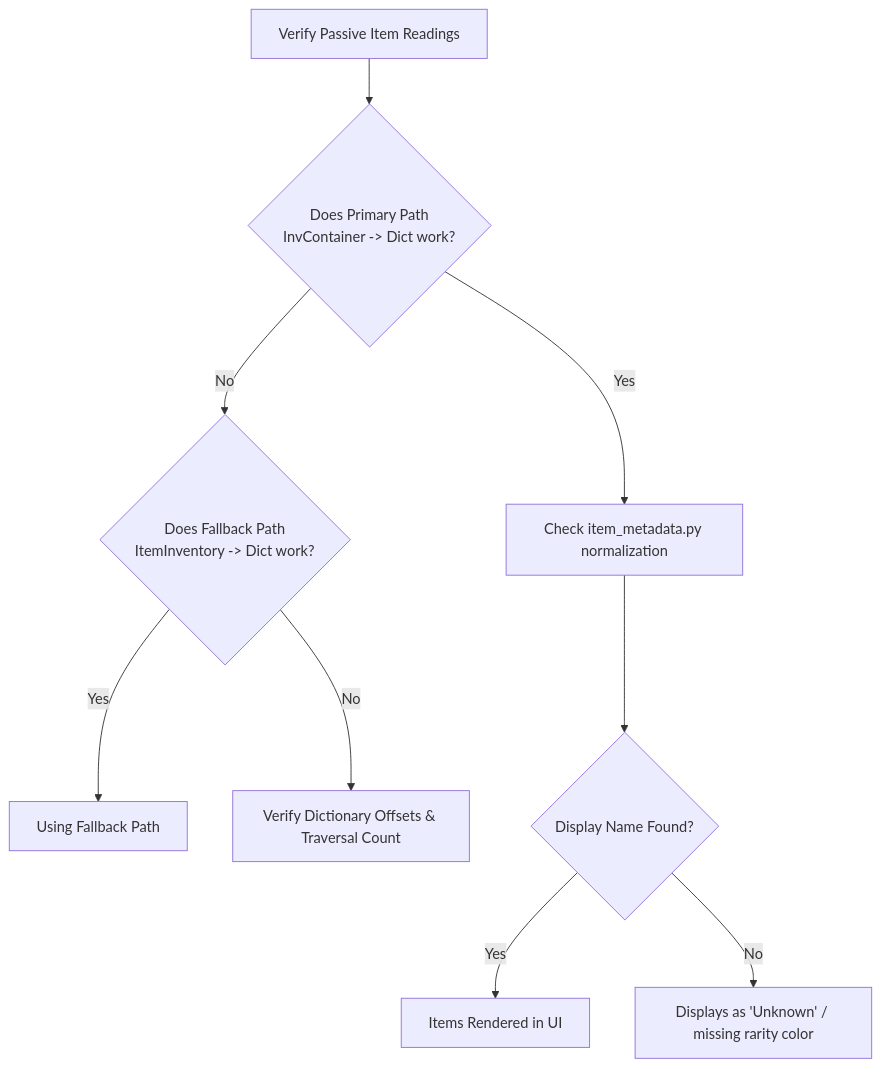
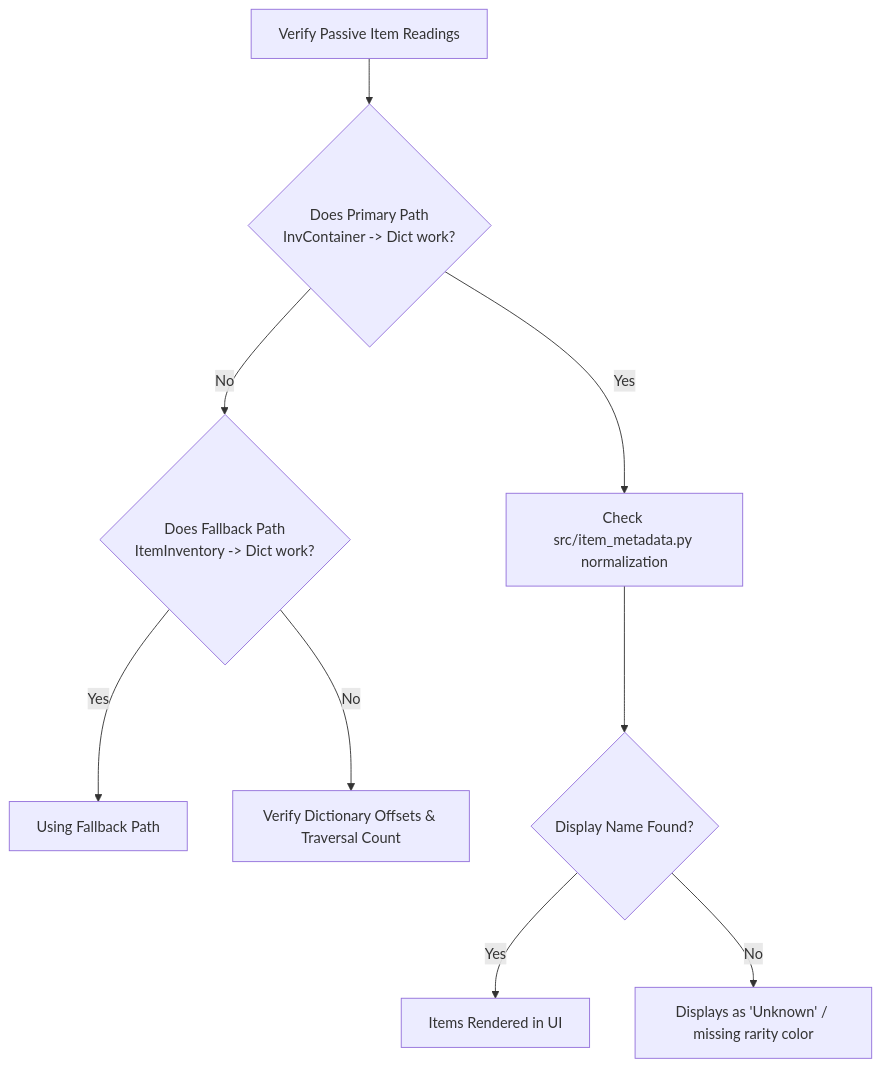
The diagram in docs/wiki/Troubleshooting_and_Diagnostics.md (ALuiell/BonkScanner), drawn with Mermaid before and after one commit. The commit also changed 29 other files, not shown here.

````diff
--- a/docs/wiki/Troubleshooting_and_Diagnostics.md
+++ b/docs/wiki/Troubleshooting_and_Diagnostics.md
@@ -23,13 +23,13 @@
 ```mermaid
 graph TD
     Start[Verify Passive Item Readings] --> CheckPrimary{Does Primary Path<br>InvContainer -> Dict work?}
-    CheckPrimary -- Yes --> ResolveNames[Check item_metadata.py normalization]
+    CheckPrimary -- Yes --> ResolveNames[Check src/item_metadata.py normalization]
     CheckPrimary -- No --> CheckFallback{Does Fallback Path<br>ItemInventory -> Dict work?}
 
     CheckFallback -- Yes --> FallbackActive[Using Fallback Path]
     CheckFallback -- No --> BadPointer[Verify Dictionary Offsets & Traversal Count]
 
     ResolveNames --> NameMatch{Display Name Found?}
     NameMatch -- Yes --> Done[Items Rendered in UI]
     NameMatch -- No --> UnknownItem[Displays as 'Unknown' / missing rarity color]
 ```
````
